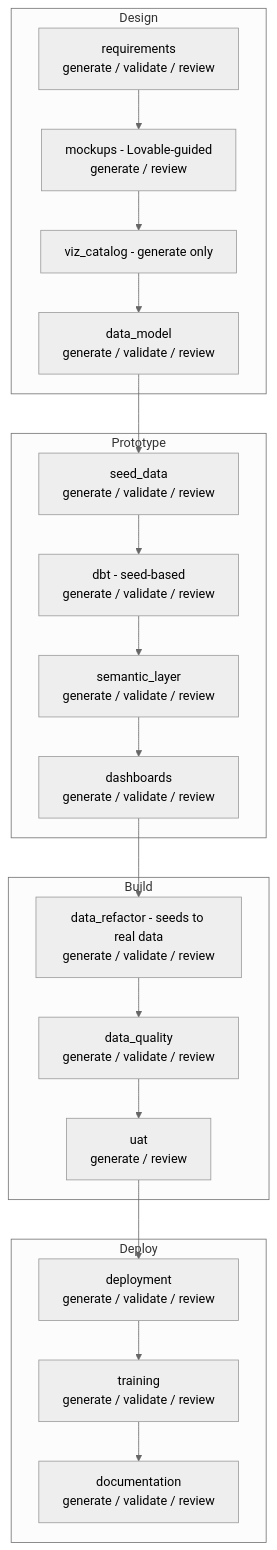
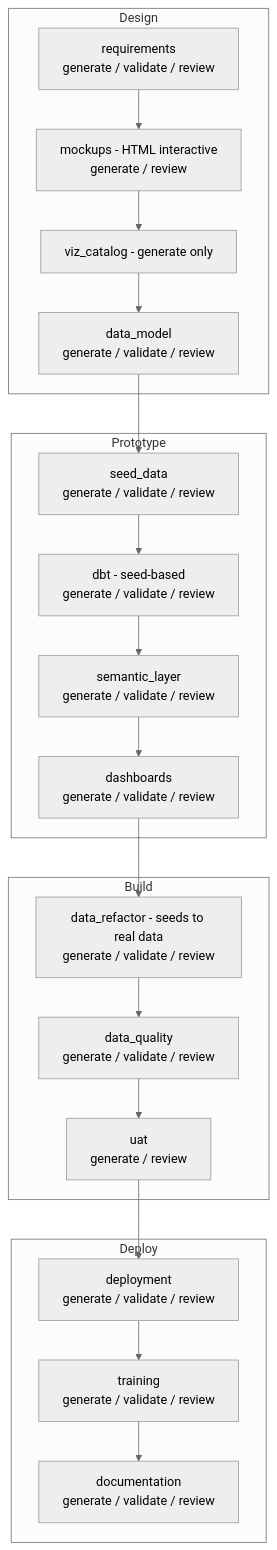
One commit to rittmananalytics/wire-plugin changed the tenth of 15 diagrams in docs/consultant_handbook.md. Above: the diagram before and after it, drawn with Mermaid (neutral theme). The commit also changed other lines of this file and 94 other files, not shown here.

````diff
--- a/docs/consultant_handbook.md
+++ b/docs/consultant_handbook.md
@@ -1250,29 +1250,29 @@
 ```mermaid
 flowchart TB
     subgraph s1["Design"]
         REQ["requirements<br/>generate / validate / review"]
-        MK["mockups - Lovable-guided<br/>generate / review"]
+        MK["mockups - HTML interactive<br/>generate / review"]
         VIZ["viz_catalog - generate only"]
         DM["data_model<br/>generate / validate / review"]
     end
     subgraph s2["Prototype"]
         SD["seed_data<br/>generate / validate / review"]
         DBT["dbt - seed-based<br/>generate / validate / review"]
         SL["semantic_layer<br/>generate / validate / review"]
         DASH["dashboards<br/>generate / validate / review"]
     end
     subgraph s3["Build"]
         DR["data_refactor - seeds to real data<br/>generate / validate / review"]
         DQ["data_quality<br/>generate / validate / review"]
         UAT["uat<br/>generate / review"]
     end
     subgraph s4["Deploy"]
         DEP["deployment<br/>generate / validate / review"]
         TR["training<br/>generate / validate / review"]
         DOC["documentation<br/>generate / validate / review"]
     end
     REQ --> MK --> VIZ --> DM
     DM --> SD --> DBT --> SL --> DASH
     DASH --> DR --> DQ --> UAT
     UAT --> DEP --> TR --> DOC
 ```
````
